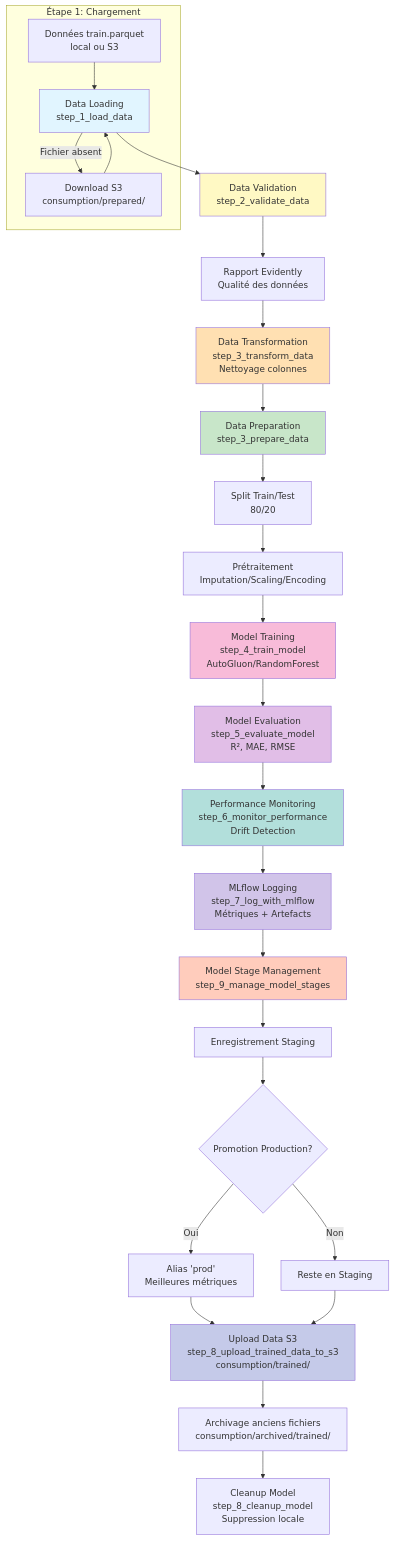
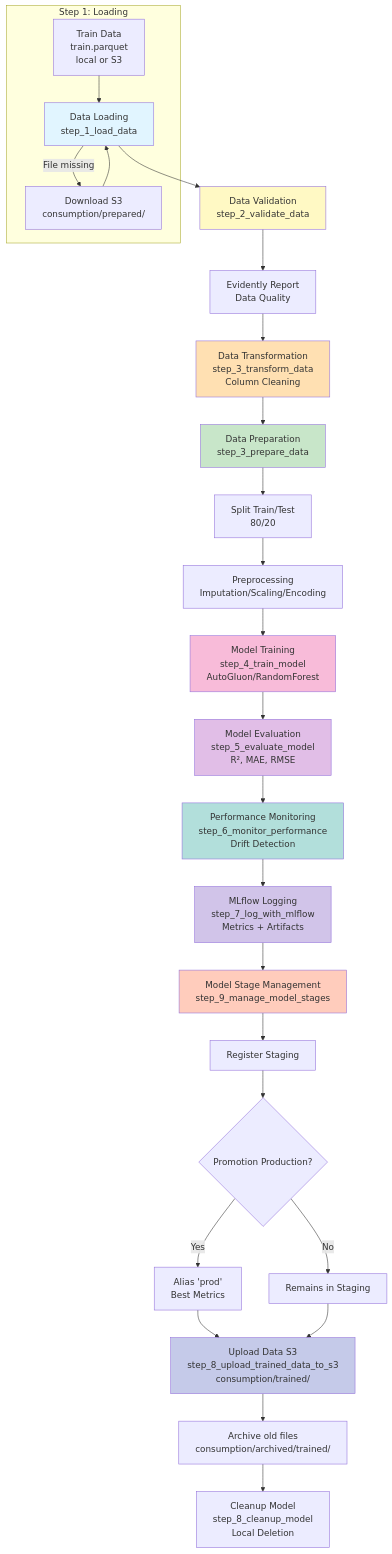
The second of 2 diagrams in Services/docsify/docs/training.md (jinsudai/jinsudai), drawn with Mermaid before and after one commit. The commit also changed other lines of this file and 3 other files, not shown here.

````diff
--- a/Services/docsify/docs/training.md
+++ b/Services/docsify/docs/training.md
@@ -30,49 +30,49 @@
 ```mermaid
 graph TD
-    subgraph "Étape 1: Chargement"
-        A[Données train.parquet<br/>local ou S3] --> B[Data Loading<br/>step_1_load_data]
-        B -->|Fichier absent| C[Download S3<br/>consumption/prepared/]
+    subgraph "Step 1: Loading"
+        A[Train Data<br/>train.parquet<br/>local or S3] --> B[Data Loading<br/>step_1_load_data]
+        B -->|File missing| C[Download S3<br/>consumption/prepared/]
         C --> B
     end
 
     B --> D[Data Validation<br/>step_2_validate_data]
-    D --> E[Rapport Evidently<br/>Qualité des données]
+    D --> E[Evidently Report<br/>Data Quality]
 
-    E --> F[Data Transformation<br/>step_3_transform_data<br/>Nettoyage colonnes]
+    E --> F[Data Transformation<br/>step_3_transform_data<br/>Column Cleaning]
 
     F --> G[Data Preparation<br/>step_3_prepare_data]
     G --> G1[Split Train/Test<br/>80/20]
-    G1 --> G2[Prétraitement<br/>Imputation/Scaling/Encoding]
+    G1 --> G2[Preprocessing<br/>Imputation/Scaling/Encoding]
 
     G2 --> H[Model Training<br/>step_4_train_model<br/>AutoGluon/RandomForest]
 
     H --> I[Model Evaluation<br/>step_5_evaluate_model<br/>R², MAE, RMSE]
 
     I --> J[Performance Monitoring<br/>step_6_monitor_performance<br/>Drift Detection]
 
-    J --> K[MLflow Logging<br/>step_7_log_with_mlflow<br/>Métriques + Artefacts]
+    J --> K[MLflow Logging<br/>step_7_log_with_mlflow<br/>Metrics + Artifacts]
 
     K --> L[Model Stage Management<br/>step_9_manage_model_stages]
-    L --> L1[Enregistrement Staging]
+    L --> L1[Register Staging]
     L1 --> L2{Promotion Production?}
-    L2 -->|Oui| L3[Alias 'prod'<br/>Meilleures métriques]
-    L2 -->|Non| L4[Reste en Staging]
+    L2 -->|Yes| L3[Alias 'prod'<br/>Best Metrics]
+    L2 -->|No| L4[Remains in Staging]
 
     L3 --> M[Upload Data S3<br/>step_8_upload_trained_data_to_s3<br/>consumption/trained/]
-    M --> M1[Archivage anciens fichiers<br/>consumption/archived/trained/]
+    M --> M1[Archive old files<br/>consumption/archived/trained/]
 
     L4 --> M
 
-    M1 --> N[Cleanup Model<br/>step_8_cleanup_model<br/>Suppression locale]
+    M1 --> N[Cleanup Model<br/>step_8_cleanup_model<br/>Local Deletion]
 
     style B fill:#e1f5ff
     style D fill:#fff9c4
     style F fill:#ffe0b2
     style G fill:#c8e6c9
     style H fill:#f8bbd9
     style I fill:#e1bee7
     style J fill:#b2dfdb
     style K fill:#d1c4e9
     style L fill:#ffccbc
     style M fill:#c5cae9
 ```
````
